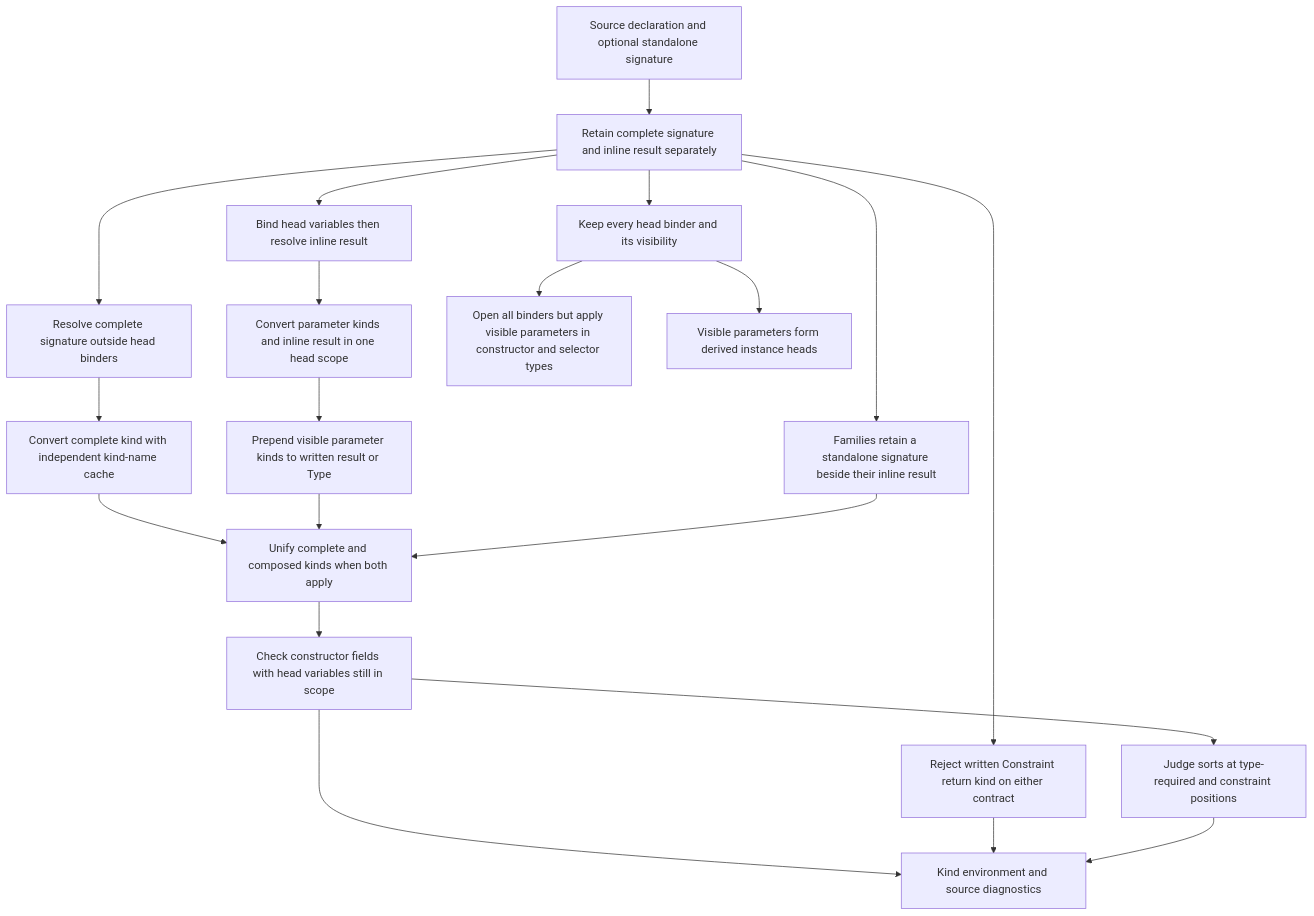
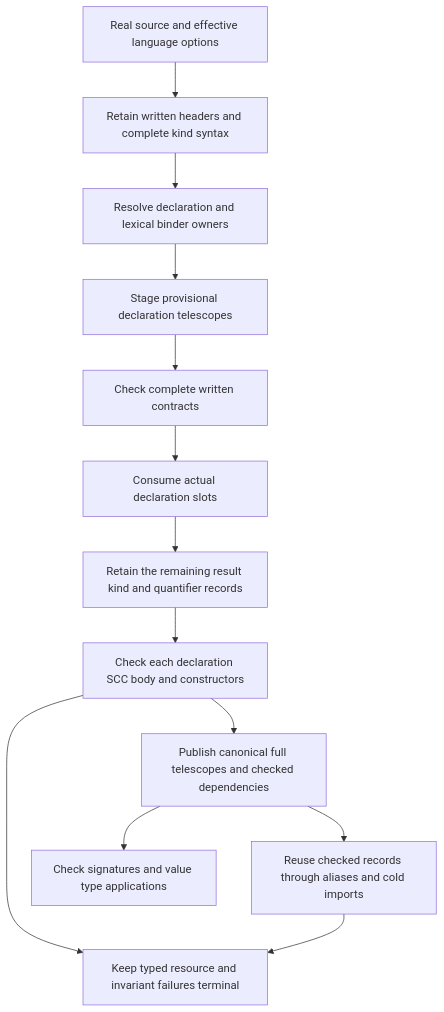
One commit to loveJesus/haskelujah-chirho changed the diagram in spec-chirho/workflows-chirho/language-features-chirho/declaration-kinds-chirho.md. Above: the diagram before and after it, drawn with Mermaid. The commit also changed other lines of this file and 9 other files, not shown here.

First line of the commit message:
Preserve required result quantifiers and written binder kinds

````diff
--- a/spec-chirho/workflows-chirho/language-features-chirho/declaration-kinds-chirho.md
+++ b/spec-chirho/workflows-chirho/language-features-chirho/declaration-kinds-chirho.md
@@ -10,22 +7,15 @@
 ```mermaid
 flowchart TD
-  SourceChirho[Source declaration and optional standalone signature] --> LowerChirho[Retain complete signature and inline result separately]
-  LowerChirho --> CompleteNamesChirho[Resolve complete signature outside head binders]
-  LowerChirho --> HeadNamesChirho[Bind head variables then resolve inline result]
-  CompleteNamesChirho --> CompleteKindChirho[Convert complete kind with independent kind-name cache]
-  HeadNamesChirho --> HeadKindsChirho[Convert parameter kinds and inline result in one head scope]
-  HeadKindsChirho --> ComposeChirho[Prepend visible parameter kinds to written result or Type]
-  CompleteKindChirho --> ReconcileChirho[Unify complete and composed kinds when both apply]
-  ComposeChirho --> ReconcileChirho
-  ReconcileChirho --> FieldsChirho[Check constructor fields with head variables still in scope]
-  LowerChirho --> ConstraintChirho[Reject written Constraint return kind on either contract]
-  FieldsChirho --> ResultChirho[Kind environment and source diagnostics]
-  ConstraintChirho --> ResultChirho
-  LowerChirho --> VisibilityChirho[Keep every head binder and its visibility]
-  VisibilityChirho --> SchemesChirho[Open all binders but apply visible parameters in constructor and selector types]
-  VisibilityChirho --> DerivingChirho[Visible parameters form derived instance heads]
-  LowerChirho --> FamilyChirho[Families retain a standalone signature beside their inline result]
-  FamilyChirho --> ReconcileChirho
-  FieldsChirho --> SortsChirho[Judge sorts at type-required and constraint positions]
-  SortsChirho --> ResultChirho
+  SourceChirho[Real source and effective language options] --> LowerChirho[Retain written headers and complete kind syntax]
+  LowerChirho --> NamesChirho[Resolve declaration and lexical binder owners]
+  NamesChirho --> HeaderChirho[Stage provisional declaration telescopes]
+  HeaderChirho --> CompleteChirho[Check complete written contracts]
+  CompleteChirho --> CursorChirho[Consume actual declaration slots]
+  CursorChirho --> ResultChirho[Retain the remaining result kind and quantifier records]
+  ResultChirho --> BodyChirho[Check each declaration SCC body and constructors]
+  BodyChirho --> PublishChirho[Publish canonical full telescopes and checked dependencies]
+  PublishChirho --> ImportChirho[Reuse checked records through aliases and cold imports]
+  PublishChirho --> ValuesChirho[Check signatures and value type applications]
+  BodyChirho --> FailureChirho[Keep typed resource and invariant failures terminal]
+  ImportChirho --> FailureChirho
 ```
````
